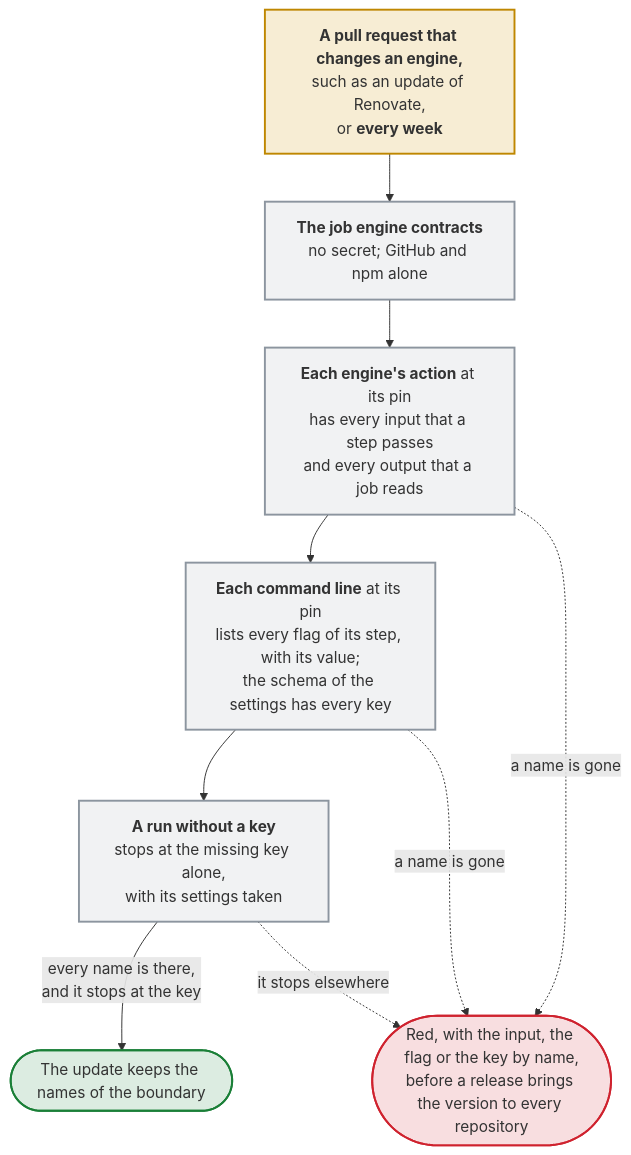
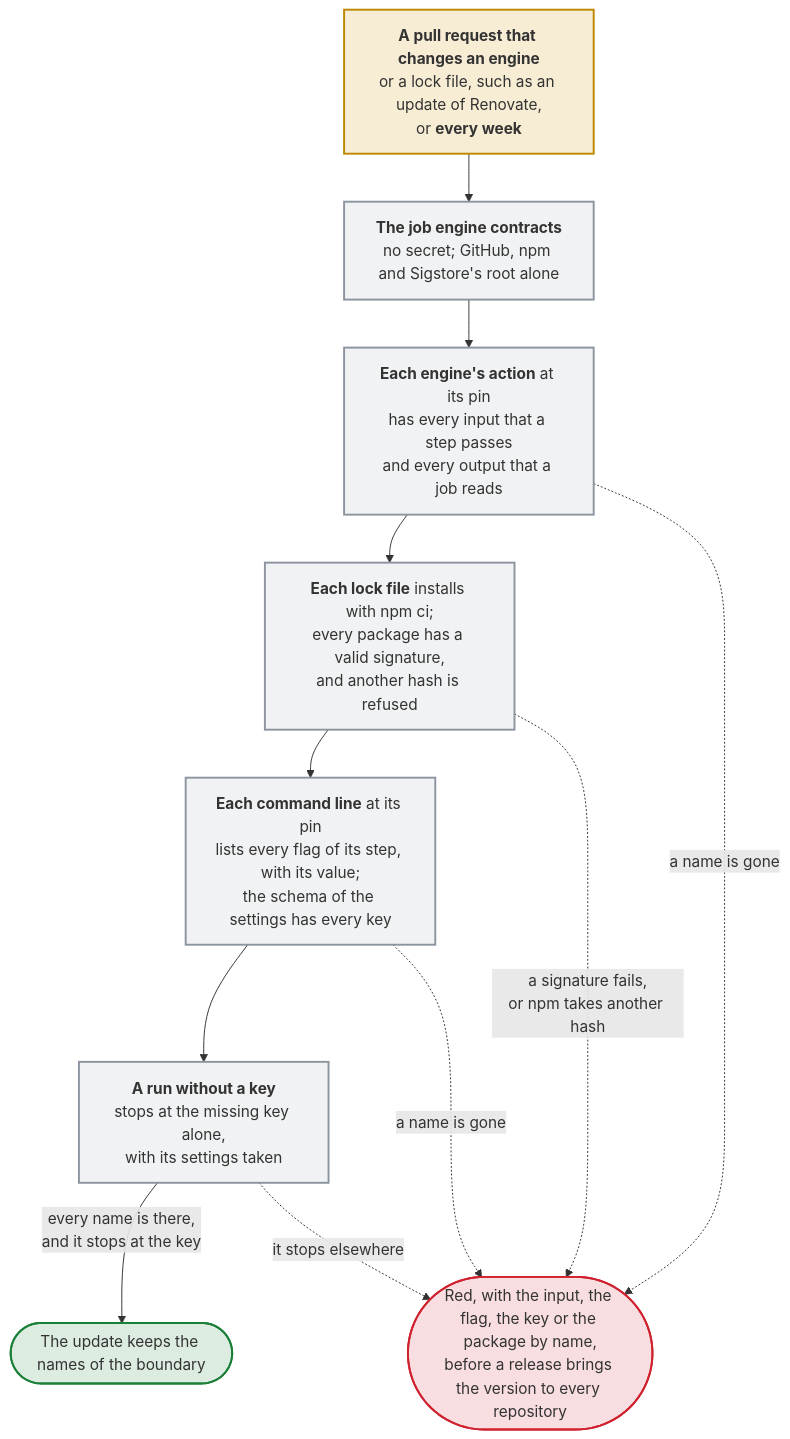
Before and after one commit to Dennis-Otto/issue-assistant: the diagram in docs/diagrams/how-the-names-of-the-engines-are-checked.mmd, drawn with Mermaid. The commit also changed 30 other files, not shown here.

First line of the commit message:
fix(security): install the Gemini and Copilot CLIs from lock files with integrity hashes and verified signatures (#197)

```diff
--- a/docs/diagrams/how-the-names-of-the-engines-are-checked.mmd
+++ b/docs/diagrams/how-the-names-of-the-engines-are-checked.mmd
@@ -1,23 +1,25 @@
 flowchart TB
   accTitle: How the names of the engines are checked
-  accDescr: A pull request that changes the step of an engine, such as an update of Renovate, or one that changes what the check reads, and a run every week start the job engine contracts of the Action test. It holds no secret, and its block lets through GitHub and npm's registry alone. It reads the action.yml of each engine's action at the commit that the workflows pin, and every input that a step passes and every output that a job reads must be there. It installs each engine's command line at its pinned version, as analyze does, and every flag of its step must be in its help, with its value, and every key of the Gemini CLI's settings in the schema of that version. Then each runs without a key, in a folder like that of analyze, and must stop at the missing key alone, with its settings taken. A renamed input, flag or key fails the check, which names it, before a release brings the new version to every repository.
-  start["`**A pull request that changes an engine,**<br>such as an update of Renovate,<br>or **every week**`"]
-  job["`**The job engine contracts**<br>no secret; GitHub and npm alone`"]
+  accDescr: A pull request that changes the step of an engine or a lock file of engines/, such as an update of Renovate, or one that changes what the check reads, and a run every week start the job engine contracts of the Action test. It holds no secret, and its block lets through GitHub, npm's registry and Sigstore's root of trust alone. It reads the action.yml of each engine's action at the commit that the workflows pin, and every input that a step passes and every output that a job reads must be there. It installs each engine's command line at its pinned version, as analyze does: the Gemini CLI and the Copilot CLI from their lock files, whose every package must have a valid signature of npm's registry, and a copy of the lock file with another hash of the command line must fail. Every flag of its step must be in its help, with its value, and every key of the Gemini CLI's settings in the schema of that version. Then each runs without a key, in a folder like that of analyze, and must stop at the missing key alone, with its settings taken. A renamed input, flag or key, a signature that doesn't verify or a hash that npm takes fails the check, which names it, before a release brings the new version to every repository.
+  start["`**A pull request that changes an engine**<br>or a lock file, such as an update of Renovate,<br>or **every week**`"]
+  job["`**The job engine contracts**<br>no secret; GitHub, npm and Sigstore's root alone`"]
   actions["`**Each engine's action** at its pin<br>has every input that a step passes<br>and every output that a job reads`"]
+  locks["`**Each lock file** installs with npm ci;<br>every package has a valid signature,<br>and another hash is refused`"]
   clis["`**Each command line** at its pin<br>lists every flag of its step, with its value;<br>the schema of the settings has every key`"]
   run["`**A run without a key**<br>stops at the missing key alone,<br>with its settings taken`"]
   green(["The update keeps the names of the boundary"])
-  red(["Red, with the input, the flag or the key by name,<br>before a release brings the version to every repository"])
-  start --> job --> actions --> clis --> run
+  red(["Red, with the input, the flag, the key or the package by name,<br>before a release brings the version to every repository"])
+  start --> job --> actions --> locks --> clis --> run
   run -- "every name is there,<br>and it stops at the key" --> green
   actions -. "a name is gone" .-> red
+  locks -. "a signature fails,<br>or npm takes another hash" .-> red
   clis -. "a name is gone" .-> red
   run -. "it stops elsewhere" .-> red
   classDef trigger fill:#d4a72c33,stroke:#bf8700,stroke-width:2px
   classDef job fill:#8c959f1f,stroke:#8c959f,stroke-width:2px
   classDef safe fill:#1a7f3726,stroke:#1a7f37,stroke-width:2px
   classDef stop fill:#cf222e26,stroke:#cf222e,stroke-width:2px
   class start trigger
-  class job,actions,clis,run job
+  class job,actions,locks,clis,run job
   class green safe
   class red stop
```
